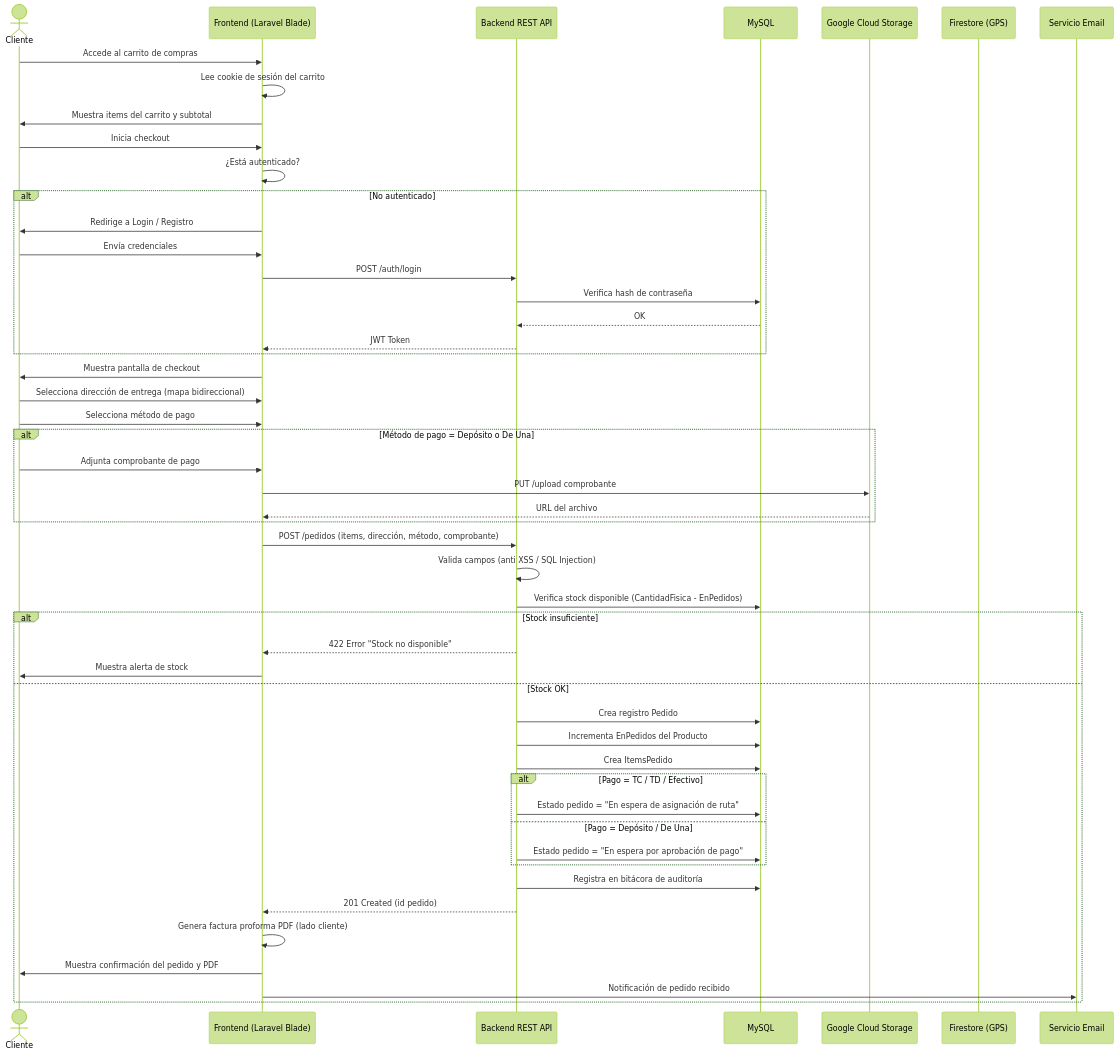
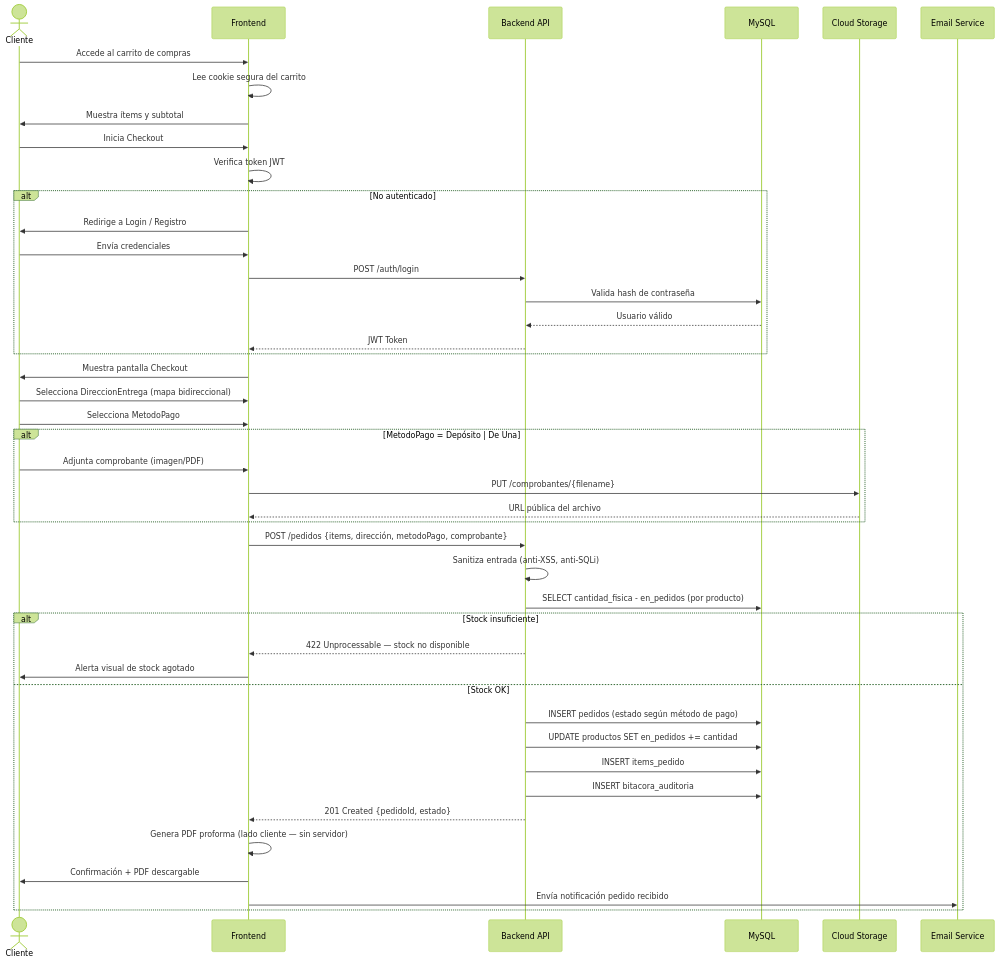
Before and after one commit to UNIPI6TO/PI-ECOMMERCE-FRITOLAY: the third of 19 diagrams in docs/especificacion.md, drawn with Mermaid (forest theme). The commit also changed other lines of this file, not shown here.

Commit message:
docs: mejorar diagrama de casos de uso (include/extend) y agregar diagramas de secuencia y colaboracion para HU-001 a HU-007

````diff
--- a/docs/especificacion.md
+++ b/docs/especificacion.md
@@ -879,60 +902,52 @@
 ```mermaid
 sequenceDiagram
     actor Cliente
-    participant FE as Frontend (Laravel Blade)
-    participant API as Backend REST API
+    participant FE as Frontend
+    participant API as Backend API
     participant DB as MySQL
-    participant GCS as Google Cloud Storage
-    participant FS as Firestore (GPS)
-    participant Email as Servicio Email
+    participant GCS as Cloud Storage
+    participant Email as Email Service
 
     Cliente->>FE: Accede al carrito de compras
-    FE->>FE: Lee cookie de sesión del carrito
-    FE->>Cliente: Muestra items del carrito y subtotal
+    FE->>FE: Lee cookie segura del carrito
+    FE->>Cliente: Muestra ítems y subtotal
 
-    Cliente->>FE: Inicia checkout
-    FE->>FE: ¿Está autenticado?
+    Cliente->>FE: Inicia Checkout
+    FE->>FE: Verifica token JWT
     alt No autenticado
         FE->>Cliente: Redirige a Login / Registro
         Cliente->>FE: Envía credenciales
         FE->>API: POST /auth/login
-        API->>DB: Verifica hash de contraseña
-        DB-->>API: OK
+        API->>DB: Valida hash de contraseña
+        DB-->>API: Usuario válido
         API-->>FE: JWT Token
     end
 
-    FE->>Cliente: Muestra pantalla de checkout
-    Cliente->>FE: Selecciona dirección de entrega (mapa bidireccional)
-    Cliente->>FE: Selecciona método de pago
+    FE->>Cliente: Muestra pantalla Checkout
+    Cliente->>FE: Selecciona DireccionEntrega (mapa bidireccional)
+    Cliente->>FE: Selecciona MetodoPago
 
-    alt Método de pago = Depósito o De Una
-        Cliente->>FE: Adjunta comprobante de pago
-        FE->>GCS: PUT /upload comprobante
-        GCS-->>FE: URL del archivo
+    alt MetodoPago = Depósito | De Una
+        Cliente->>FE: Adjunta comprobante (imagen/PDF)
+        FE->>GCS: PUT /comprobantes/{filename}
+        GCS-->>FE: URL pública del archivo
     end
 
-    FE->>API: POST /pedidos (items, dirección, método, comprobante)
-    API->>API: Valida campos (anti XSS / SQL Injection)
-    API->>DB: Verifica stock disponible (CantidadFisica - EnPedidos)
+    FE->>API: POST /pedidos {items, dirección, metodoPago, comprobante}
+    API->>API: Sanitiza entrada (anti-XSS, anti-SQLi)
+    API->>DB: SELECT cantidad_fisica - en_pedidos (por producto)
 
     alt Stock insuficiente
-        API-->>FE: 422 Error "Stock no disponible"
-        FE->>Cliente: Muestra alerta de stock
+        API-->>FE: 422 Unprocessable — stock no disponible
+        FE->>Cliente: Alerta visual de stock agotado
     else Stock OK
-        API->>DB: Crea registro Pedido
-        API->>DB: Incrementa EnPedidos del Producto
-        API->>DB: Crea ItemsPedido
-
-        alt Pago = TC / TD / Efectivo
-            API->>DB: Estado pedido = "En espera de asignación de ruta"
-        else Pago = Depósito / De Una
-            API->>DB: Estado pedido = "En espera por aprobación de pago"
-        end
-
-        API->>DB: Registra en bitácora de auditoría
-        API-->>FE: 201 Created (id pedido)
-        FE->>FE: Genera factura proforma PDF (lado cliente)
-        FE->>Cliente: Muestra confirmación del pedido y PDF
-        FE->>Email: Notificación de pedido recibido
+        API->>DB: INSERT pedidos (estado según método de pago)
+        API->>DB: UPDATE productos SET en_pedidos += cantidad
+        API->>DB: INSERT items_pedido
+        API->>DB: INSERT bitacora_auditoria
+        API-->>FE: 201 Created {pedidoId, estado}
+        FE->>FE: Genera PDF proforma (lado cliente — sin servidor)
+        FE->>Cliente: Confirmación + PDF descargable
+        FE->>Email: Envía notificación pedido recibido
     end
 ```
````
